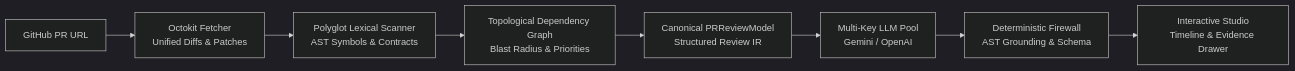
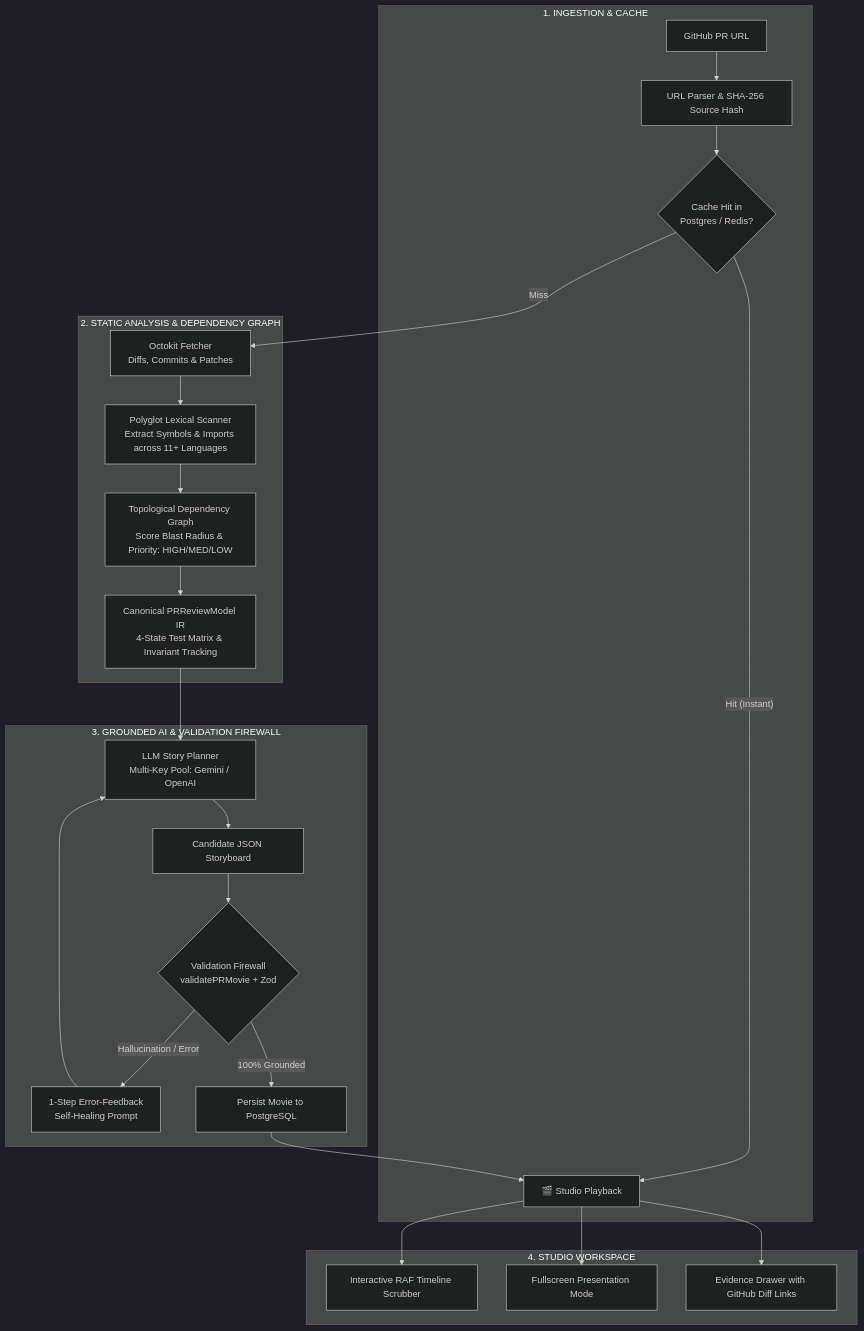
Before and after one commit to irajatsharma-10/pullmotion: the diagram in README.md, drawn with Mermaid (dark theme). The commit also changed other lines of this file, not shown here.

Commit message:
docs: streamline README with explanatory pipeline flowchart and remove redundant tables

````diff
--- a/README.md
+++ b/README.md
@@ -42,10 +38,32 @@
 ```mermaid
-flowchart LR
-    A[GitHub PR URL] --> B[Octokit Fetcher\nUnified Diffs & Patches]
-    B --> C[Polyglot Lexical Scanner\nAST Symbols & Contracts]
-    C --> D[Topological Dependency Graph\nBlast Radius & Priorities]
-    D --> E[Canonical PRReviewModel\nStructured Review IR]
-    E --> F[Multi-Key LLM Pool\nGemini / OpenAI]
-    F --> G[Deterministic Firewall\nAST Grounding & Schema]
-    G --> H[Interactive Studio\nTimeline & Evidence Drawer]
+flowchart TD
+    subgraph Ingestion ["1. INGESTION & CACHE"]
+        A[GitHub PR URL] --> B[URL Parser & SHA-256 Source Hash]
+        B --> C{Cache Hit in\nPostgres / Redis?}
+        C -- "Hit (Instant)" --> H[🎬 Studio Playback]
+    end
+
+    subgraph Analysis ["2. STATIC ANALYSIS & DEPENDENCY GRAPH"]
+        C -- "Miss" --> D[Octokit Fetcher\nDiffs, Commits & Patches]
+        D --> E[Polyglot Lexical Scanner\nExtract Symbols & Imports across 11+ Languages]
+        E --> F[Topological Dependency Graph\nScore Blast Radius & Priority: HIGH/MED/LOW]
+        F --> G[Canonical PRReviewModel IR\n4-State Test Matrix & Invariant Tracking]
+    end
+
+    subgraph Generation ["3. GROUNDED AI & VALIDATION FIREWALL"]
+        G --> I[LLM Story Planner\nMulti-Key Pool: Gemini / OpenAI]
+        I --> J[Candidate JSON Storyboard]
+        J --> K{Validation Firewall\nvalidatePRMovie + Zod}
+        K -- "Hallucination / Error" --> L[1-Step Error-Feedback\nSelf-Healing Prompt]
+        L --> I
+        K -- "100% Grounded" --> M[Persist Movie to PostgreSQL]
+    end
+
+    M --> H
+
+    subgraph Studio ["4. STUDIO WORKSPACE"]
+        H --> N[Interactive RAF Timeline Scrubber]
+        H --> O[Fullscreen Presentation Mode]
+        H --> P[Evidence Drawer with GitHub Diff Links]
+    end
 ```
````
